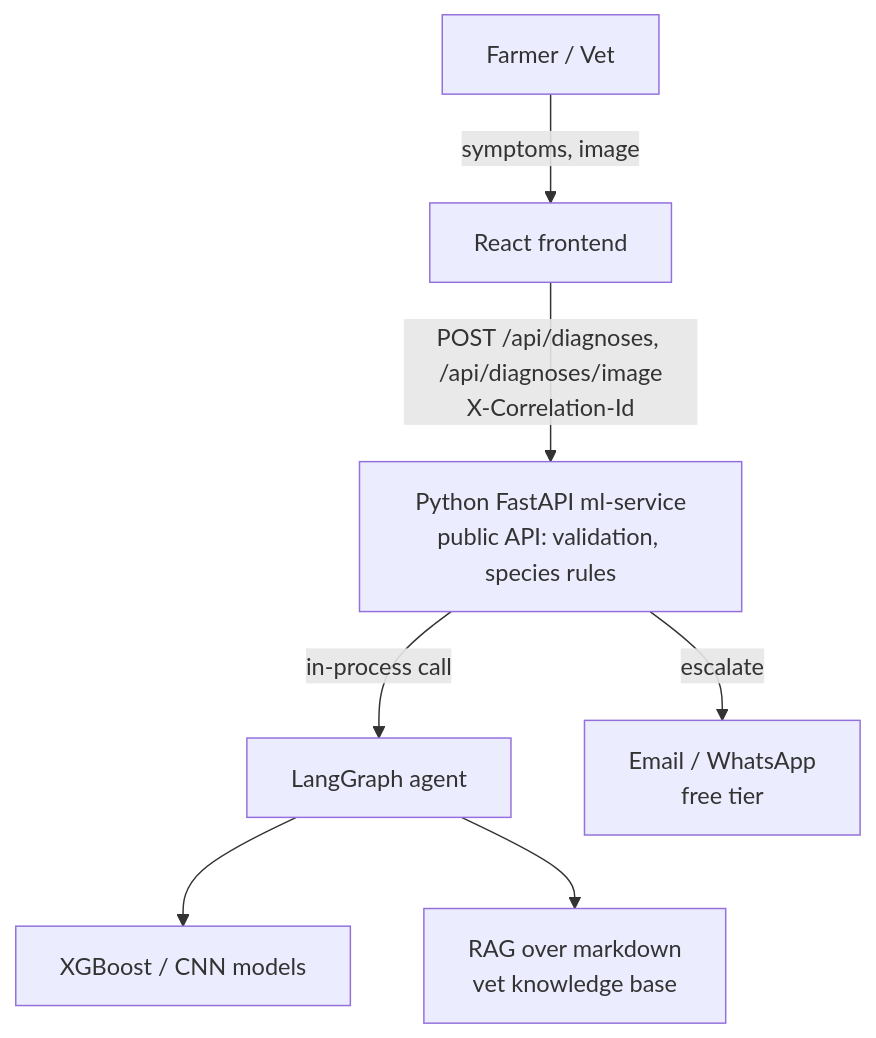
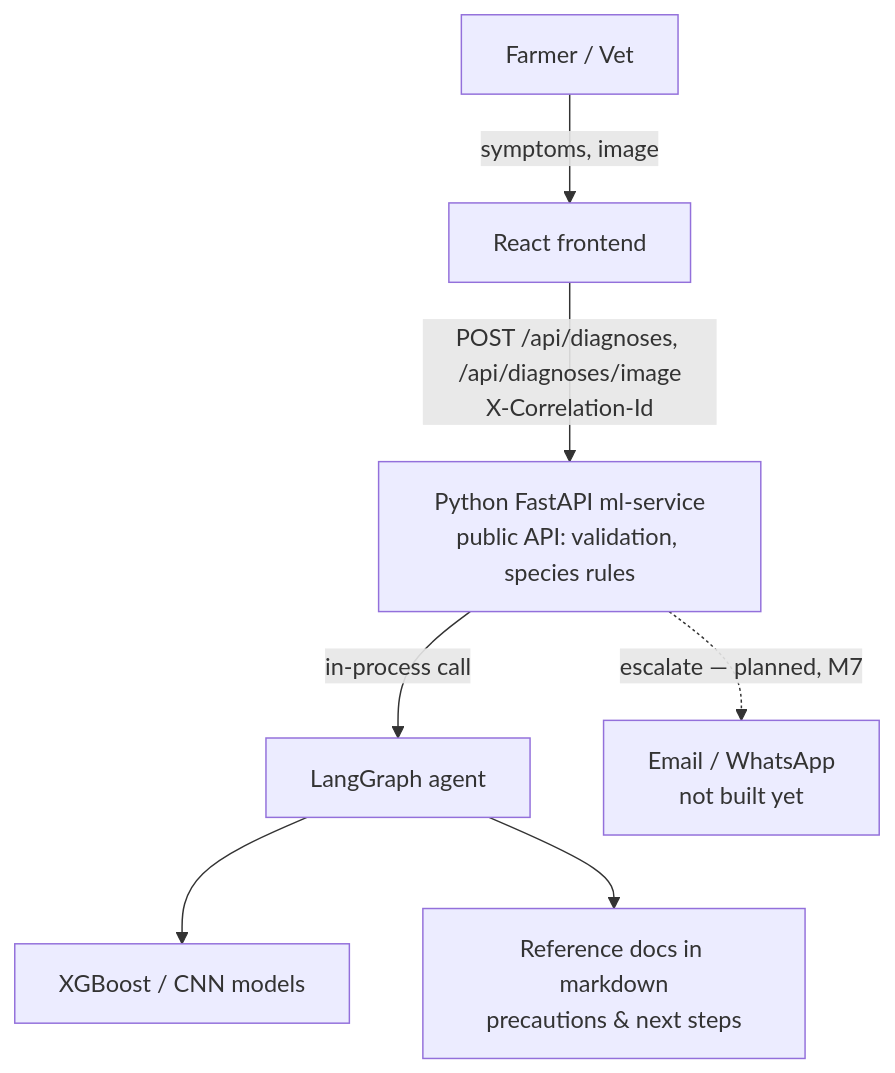
One commit to arun-codewalnut/Cattle-Disease-Prediction-System changed the first of 2 diagrams in docs/ARCHITECTURE.md. Above: the diagram before and after it, drawn with Mermaid. The commit also changed other lines of this file and 24 other files, not shown here.

````diff
--- a/docs/ARCHITECTURE.md
+++ b/docs/ARCHITECTURE.md
@@ -3,9 +3,9 @@
 ```mermaid
 flowchart TD
     U[Farmer / Vet] -->|symptoms, image| FE[React frontend]
     FE -->|POST /api/diagnoses, /api/diagnoses/image<br/>X-Correlation-Id| API[Python FastAPI ml-service<br/>public API: validation, species rules]
     API -->|in-process call| ML[LangGraph agent]
     ML --> MODELS[XGBoost / CNN models]
-    ML --> RAG[RAG over markdown<br/>vet knowledge base]
-    API -->|escalate| NOTIFY[Email / WhatsApp<br/>free tier]
+    ML --> DOCS[Reference docs in markdown<br/>precautions & next steps]
+    API -.->|escalate — planned, M7| NOTIFY[Email / WhatsApp<br/>not built yet]
 ```
````
